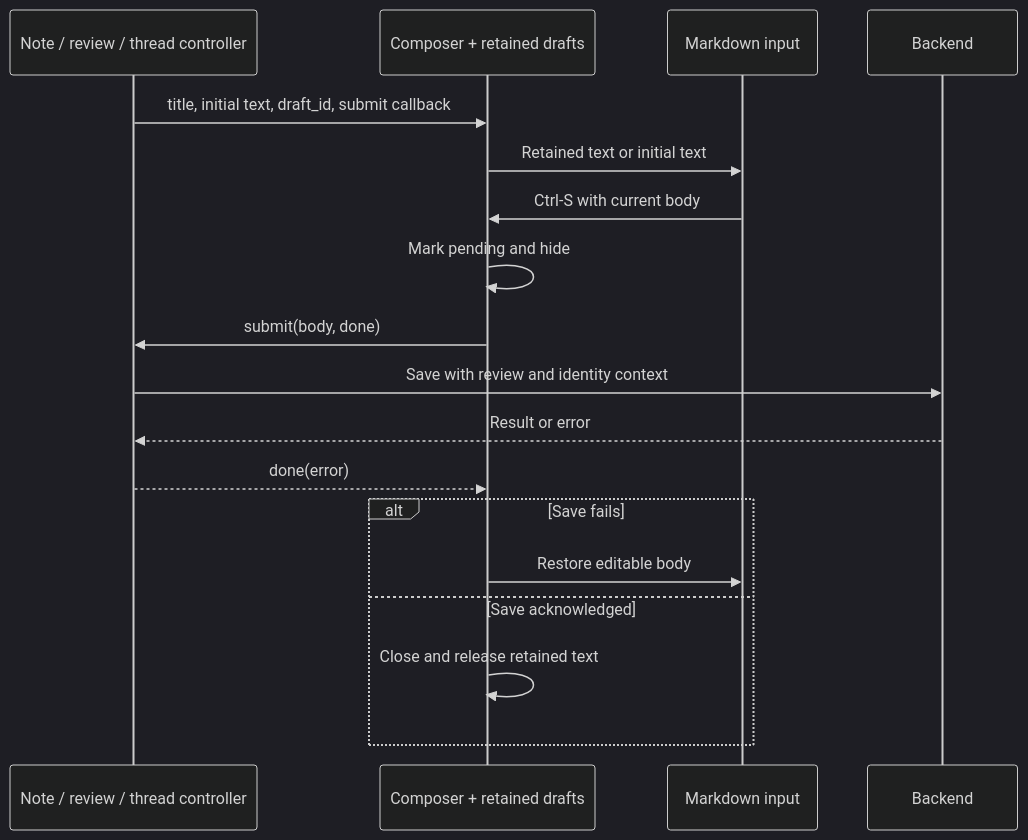
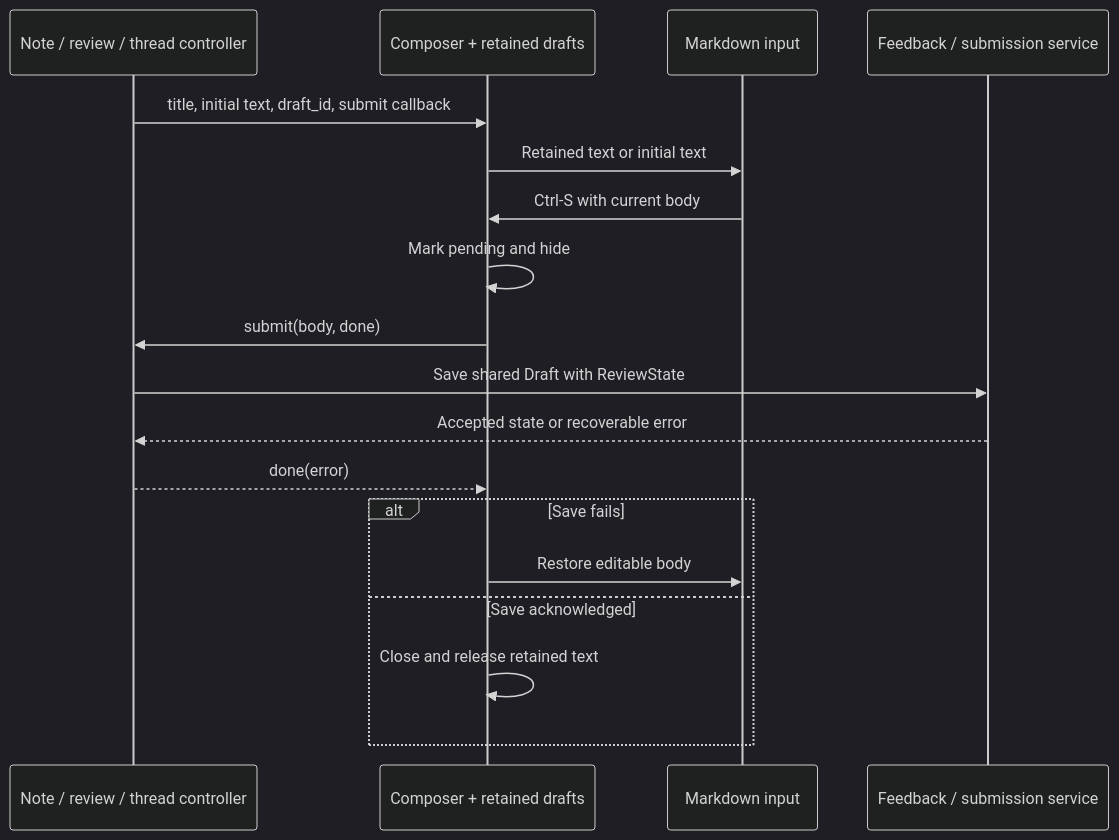
One commit to difflab-io/lgtm changed the second of 2 diagrams in docs/architecture/lgtm.nvim/ui/composer.md. Above: the diagram before and after it, drawn with Mermaid (dark theme). The commit also changed 55 other files, not shown here.

````diff
--- a/docs/architecture/lgtm.nvim/ui/composer.md
+++ b/docs/architecture/lgtm.nvim/ui/composer.md
@@ -123,20 +123,20 @@
 ```mermaid
 sequenceDiagram
   participant Caller as Note / review / thread controller
   participant Draft as Composer + retained drafts
   participant Input as Markdown input
-  participant Store as Backend
+  participant Service as Feedback / submission service
   Caller->>Draft: title, initial text, draft_id, submit callback
   Draft->>Input: Retained text or initial text
   Input->>Draft: Ctrl-S with current body
   Draft->>Draft: Mark pending and hide
   Draft->>Caller: submit(body, done)
-  Caller->>Store: Save with review and identity context
-  Store-->>Caller: Result or error
+  Caller->>Service: Save shared Draft with ReviewState
+  Service-->>Caller: Accepted state or recoverable error
   Caller-->>Draft: done(error)
   alt Save fails
     Draft->>Input: Restore editable body
   else Save acknowledged
     Draft->>Draft: Close and release retained text
   end
 ```
````
